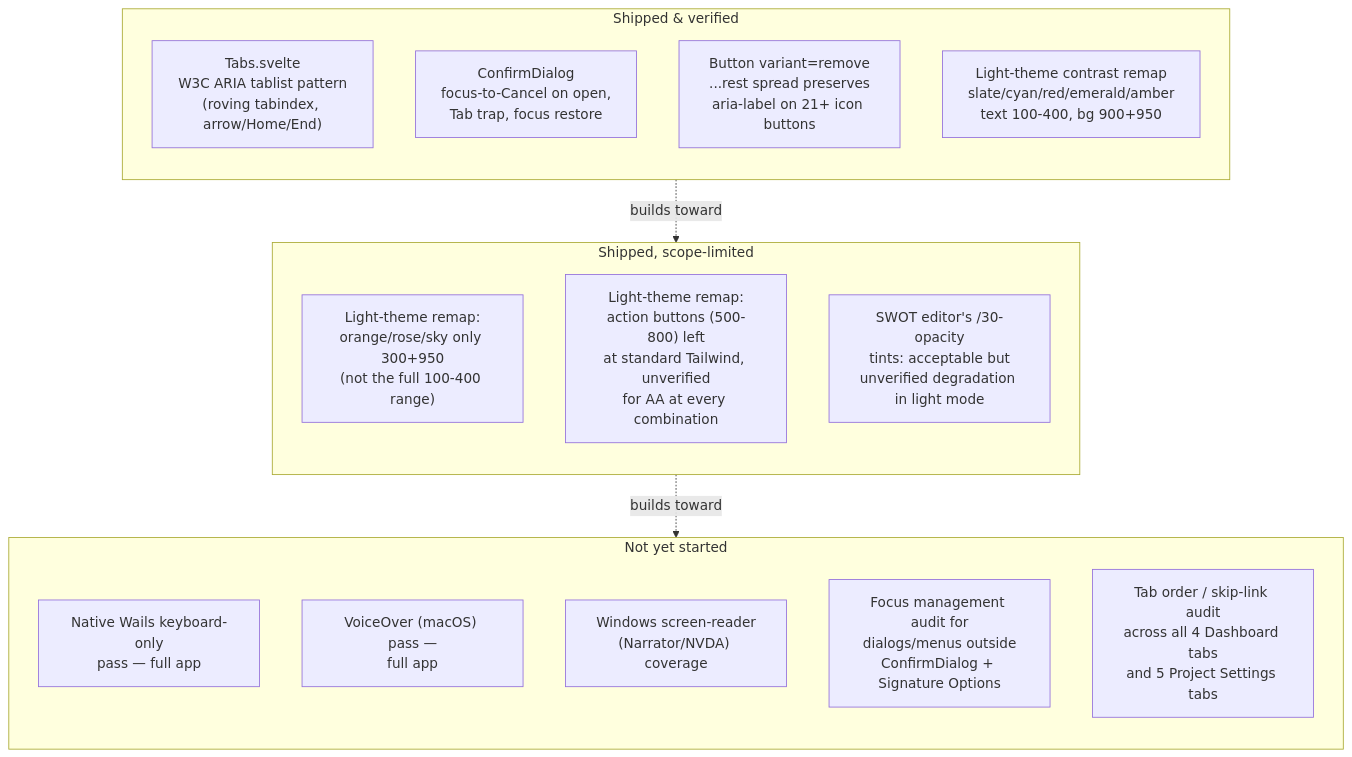
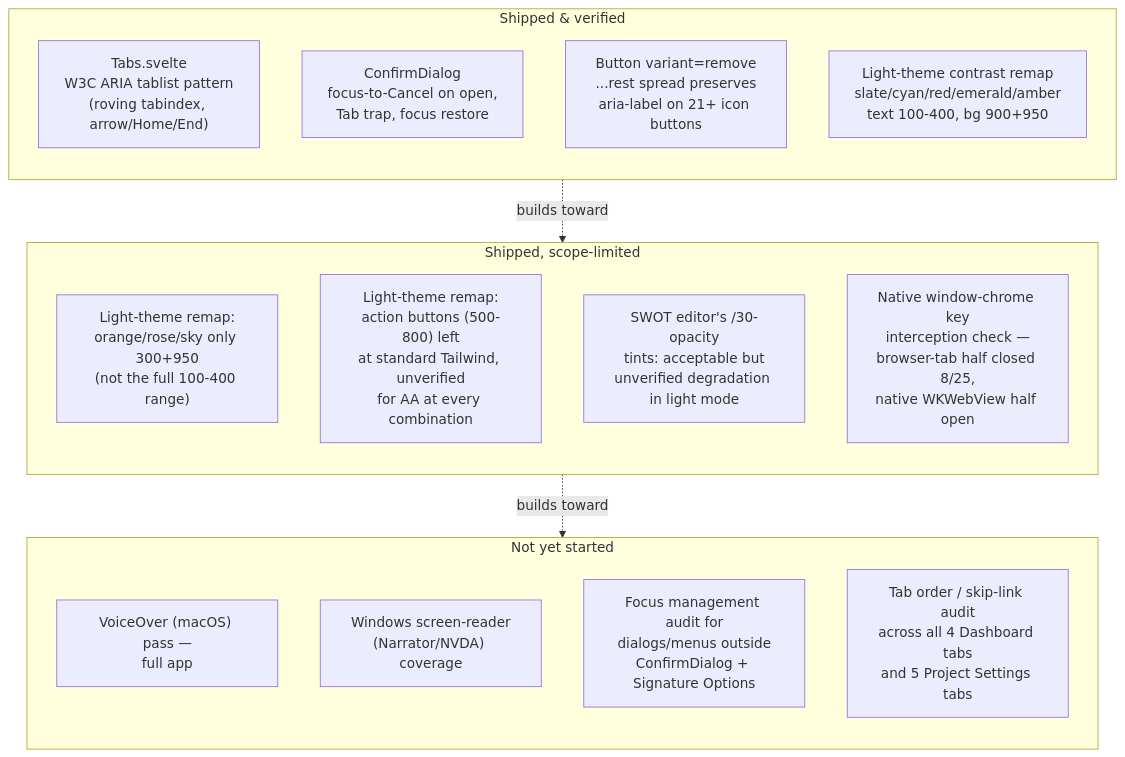
The diagram in docs/design/accessibility-remaining-work-plan.md (draconianneocoder-cpu/GoPMgr), drawn with Mermaid before and after one commit. The commit also changed other lines of this file and 1 other file, not shown here.

````diff
--- a/docs/design/accessibility-remaining-work-plan.md
+++ b/docs/design/accessibility-remaining-work-plan.md
@@ -30,26 +32,26 @@
 ```mermaid
 flowchart TB
     subgraph shipped["Shipped & verified"]
         direction TB
         S1["Tabs.svelte<br/>W3C ARIA tablist pattern<br/>(roving tabindex, arrow/Home/End)"]
         S2["ConfirmDialog<br/>focus-to-Cancel on open,<br/>Tab trap, focus restore"]
         S3["Button variant=remove<br/>...rest spread preserves<br/>aria-label on 21+ icon buttons"]
         S4["Light-theme contrast remap<br/>slate/cyan/red/emerald/amber<br/>text 100-400, bg 900+950"]
     end
     subgraph partial["Shipped, scope-limited"]
         direction TB
         P1["Light-theme remap:<br/>orange/rose/sky only 300+950<br/>(not the full 100-400 range)"]
         P2["Light-theme remap:<br/>action buttons (500-800) left<br/>at standard Tailwind, unverified<br/>for AA at every combination"]
         P3["SWOT editor's /30-opacity<br/>tints: acceptable but<br/>unverified degradation in light mode"]
+        P4["Native window-chrome key<br/>interception check —<br/>browser-tab half closed 8/25,<br/>native WKWebView half open"]
     end
     subgraph missing["Not yet started"]
         direction TB
-        M1["Native Wails keyboard-only<br/>pass — full app"]
         M2["VoiceOver (macOS) pass —<br/>full app"]
         M3["Windows screen-reader<br/>(Narrator/NVDA) coverage"]
         M4["Focus management audit for<br/>dialogs/menus outside<br/>ConfirmDialog + Signature Options"]
         M5["Tab order / skip-link audit<br/>across all 4 Dashboard tabs<br/>and 5 Project Settings tabs"]
     end
     shipped -.->|"builds toward"| partial
     partial -.->|"builds toward"| missing
 ```
````
